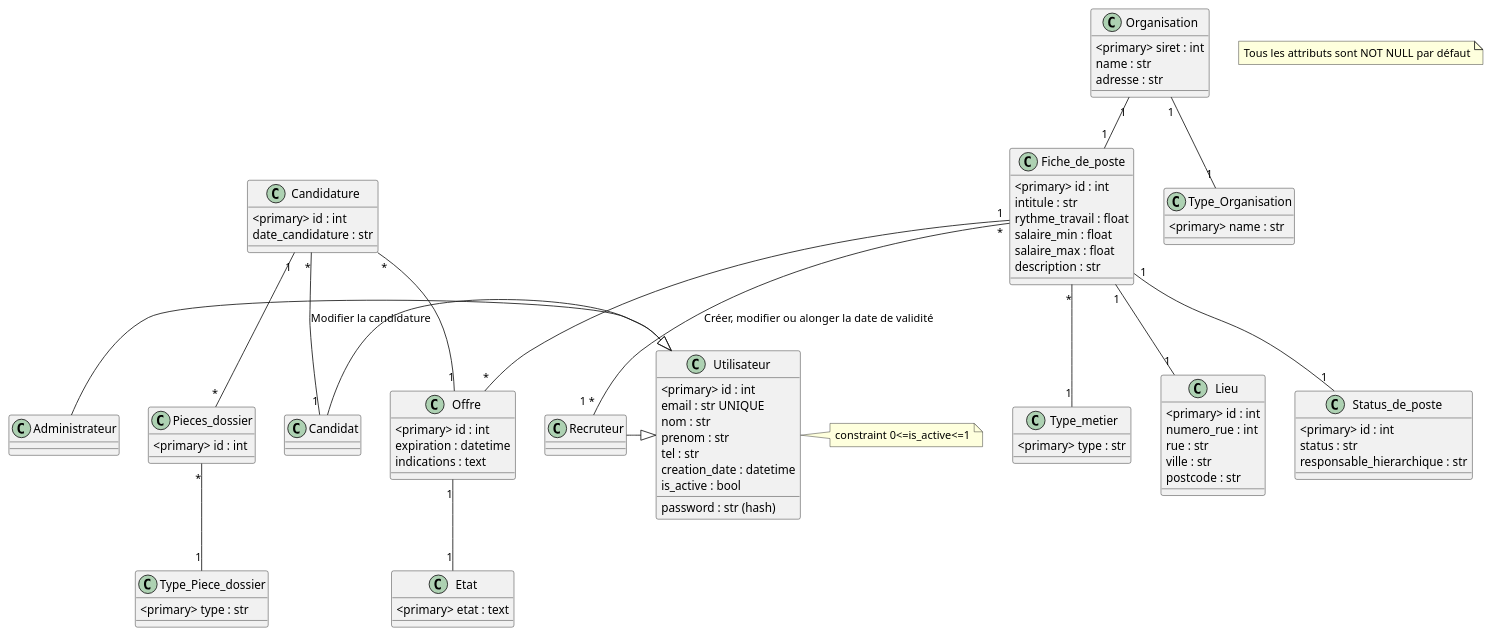
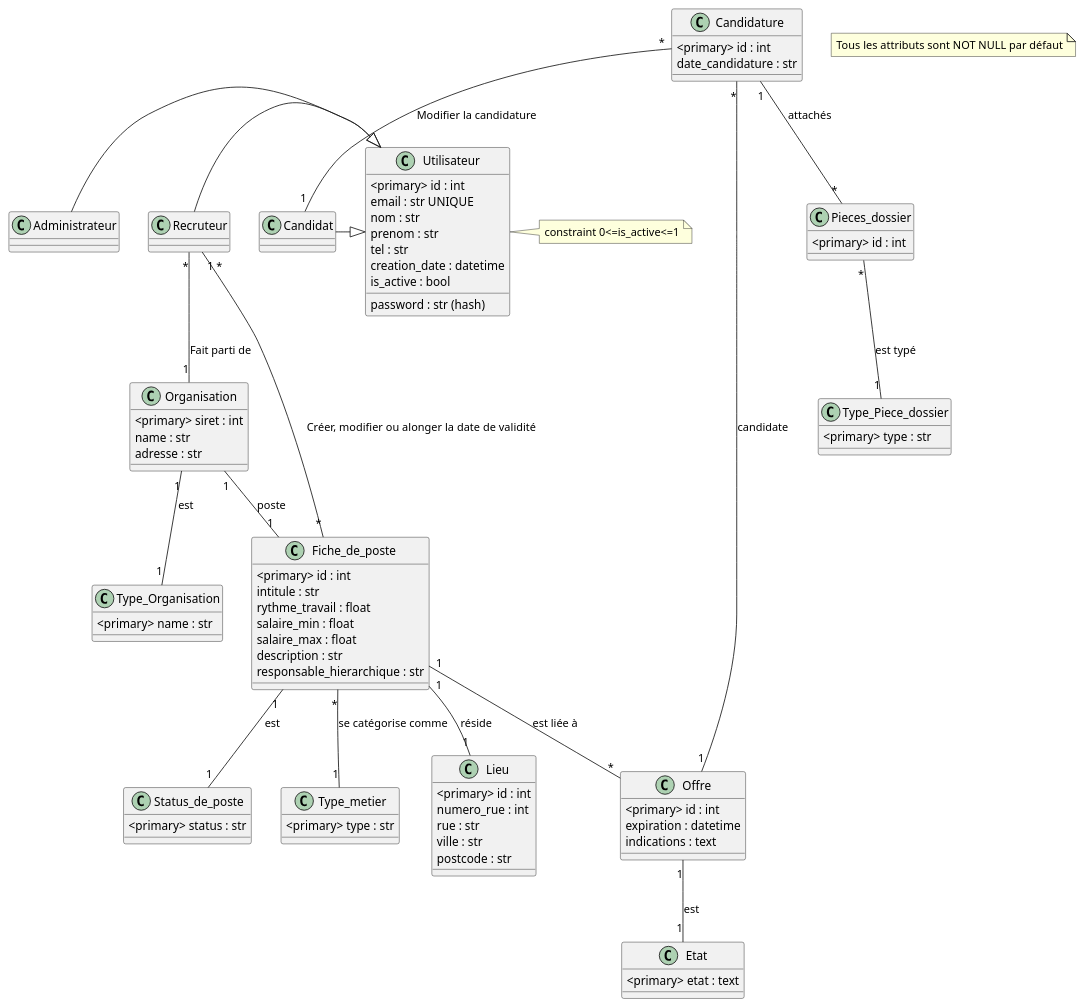
The diagram in models/UML.puml (alexandreeberhardt/SR10_Website), drawn with PlantUML before and after one commit. The commit also changed 2 other files, not shown here.

```diff
--- a/models/UML.puml
+++ b/models/UML.puml
@@ -1,108 +1,109 @@
 @startuml
 note "Tous les attributs sont NOT NULL par défaut" as note
 
 
 class Utilisateur{
   <primary> id : int
   email : str UNIQUE
   password : str (hash)
   nom : str
   prenom : str
   tel : str
   creation_date : datetime
   is_active : bool
 }
 note right
   constraint 0<=is_active<=1
 end note
 
 class Administrateur{
 }
 
 class Candidat{
 }
 class Recruteur{
 }
 
 
 
 class Type_Organisation{
   <primary> name : str
 }
 
 class Organisation{
   <primary> siret : int
   name : str
   adresse : str
 }
 
 class Etat{
   <primary> etat : text
 }
 
 class Offre{
   <primary> id : int
   expiration : datetime
   indications : text
 }
 
 class Fiche_de_poste{
   <primary> id : int
   intitule : str
   rythme_travail : float
   salaire_min : float
   salaire_max : float
   description : str
+  responsable_hierarchique : str
+
 }
 
 class Status_de_poste{
-  <primary> id : int
-  status : str
-  responsable_hierarchique : str
+  <primary> status : str
 }
 class Type_metier{
   <primary> type : str
 }
 
 class Lieu{
   <primary> id : int
   numero_rue : int
   rue : str
   ville : str
   postcode : str 
 }
 
 class Candidature{
   <primary> id : int
   date_candidature : str
 
 }
 
 class Pieces_dossier{
   <primary> id : int
 }
 
 class Type_Piece_dossier{
   <primary> type : str
 }
 
-Pieces_dossier "*" -- "1" Type_Piece_dossier
+Pieces_dossier "*" -- "1" Type_Piece_dossier : "est typé"
 
-Fiche_de_poste "*" -- "1" Type_metier
+Fiche_de_poste "*" -- "1" Type_metier : "se catégorise comme"
 
 Candidature "*" -- "1" Candidat : "Modifier la candidature"
-Candidature "*" -- "1" Offre
-Candidature "1" -- "*" Pieces_dossier
-Offre "1" -- "1" Etat
+Candidature "*" -- "1" Offre : "candidate"
+Candidature "1" -- "*" Pieces_dossier : "attachés"
+Offre "1" -- "1" Etat : "est" 
 Administrateur -|> Utilisateur
 Recruteur -|> Utilisateur
 Candidat -|> Utilisateur
-Organisation "1" -- "1" Type_Organisation
-Organisation "1" -- "1" Fiche_de_poste
-Fiche_de_poste "1" -- "*" Offre 
-Fiche_de_poste "1" -- "1" Status_de_poste 
-Fiche_de_poste "1" -- "1" Lieu 
+Organisation "1" -- "1" Type_Organisation : "est"
+Organisation "1" -- "1" Fiche_de_poste : "poste"
+Fiche_de_poste "1" -- "*" Offre : "est liée à"
+Fiche_de_poste "1" -- "1" Status_de_poste : "est"
+Fiche_de_poste "1" -- "1" Lieu : "réside"
 Fiche_de_poste "*" -- "1 *" Recruteur : "Créer, modifier ou alonger la date de validité"
+Recruteur "*" -- "1" Organisation : "Fait parti de"
 
 
 @enduml
```
